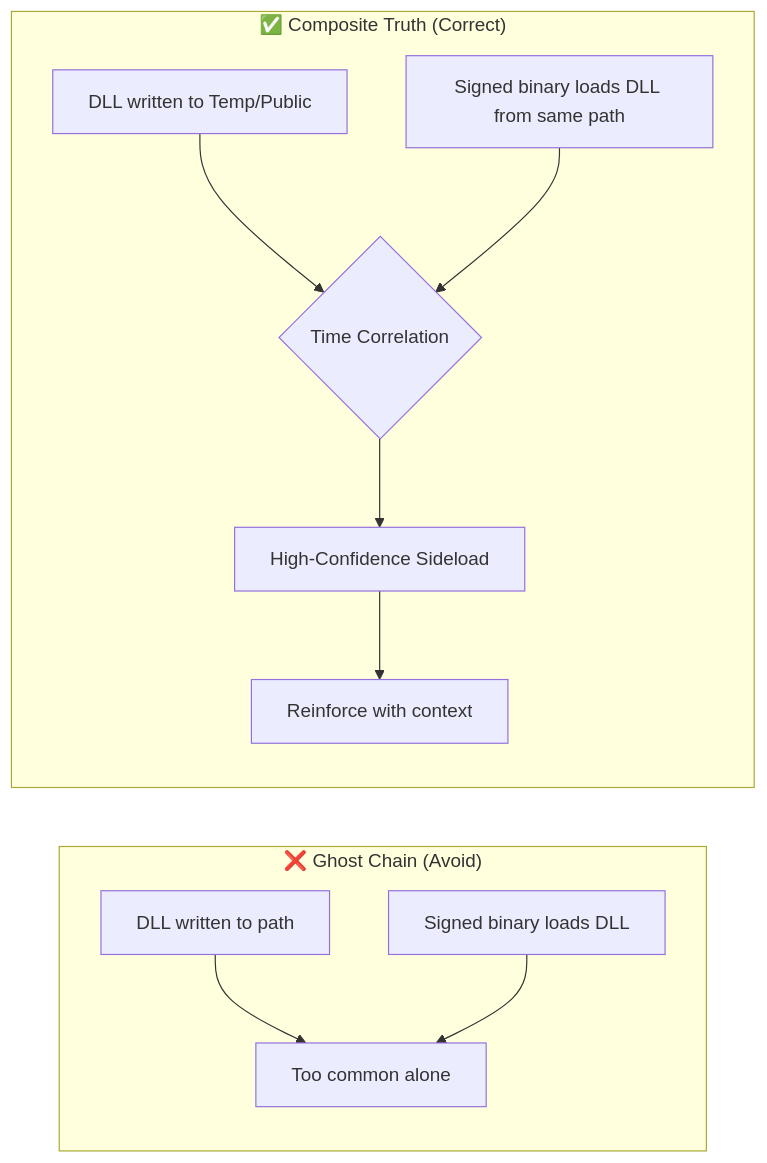
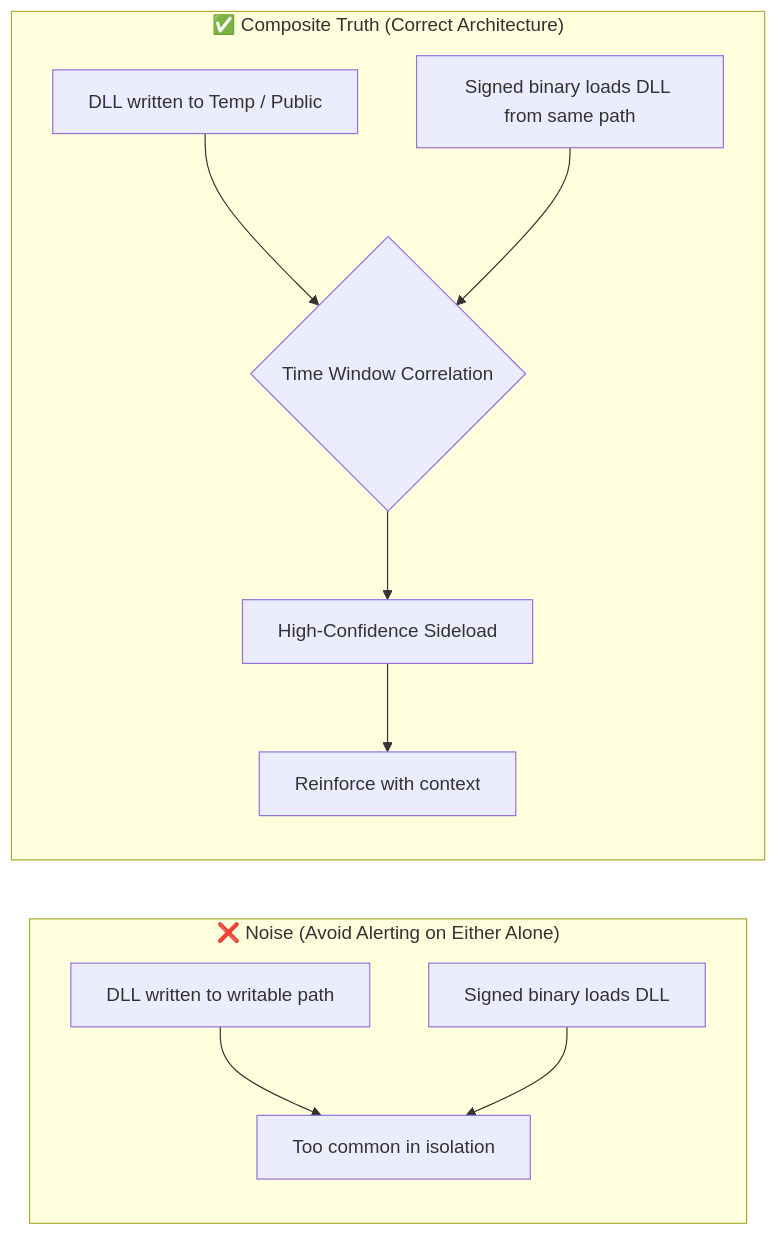
One commit to azdabat/Minimum-Truth-Detection-Framework-ADX-Validated-Composite-Rules changed the diagram in MINIMUM_TRUTH_FRAMEWORK.md. Above: the diagram before and after it, drawn with Mermaid. The commit also changed other lines of this file, not shown here.

````diff
--- a/MINIMUM_TRUTH_FRAMEWORK.md
+++ b/MINIMUM_TRUTH_FRAMEWORK.md
@@ -181,14 +515,18 @@
 ```mermaid
 flowchart LR
-    subgraph Ghost_Chain["❌ Ghost Chain (Avoid)"]
-        A[DLL written to path] --> X[Too common alone]
-        B[Signed binary loads DLL] --> X
+    subgraph Noise["❌ Noise (Avoid Alerting on Either Alone)"]
+        A[DLL written to writable path]
+        B[Signed binary loads DLL]
+        A --> X[Too common in isolation]
+        B --> X
     end
 
-    subgraph Composite_Truth["✅ Composite Truth (Correct)"]
-        C[DLL written to Temp/Public] --> E{Time Correlation}
-        D[Signed binary loads DLL from same path] --> E
+    subgraph Composite_Truth["✅ Composite Truth (Correct Architecture)"]
+        C[DLL written to Temp / Public]
+        D[Signed binary loads DLL from same path]
+        C --> E{Time Window Correlation}
+        D --> E
         E --> F[High-Confidence Sideload]
         F --> G[Reinforce with context]
     end
 ```
````
